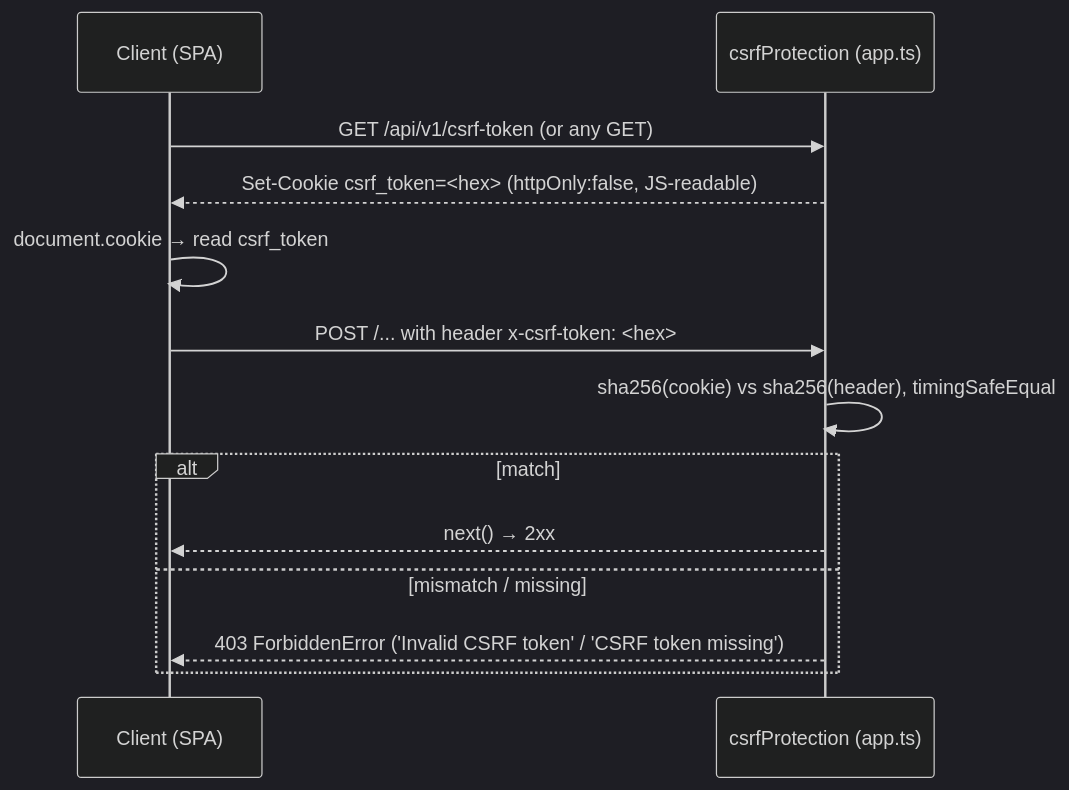
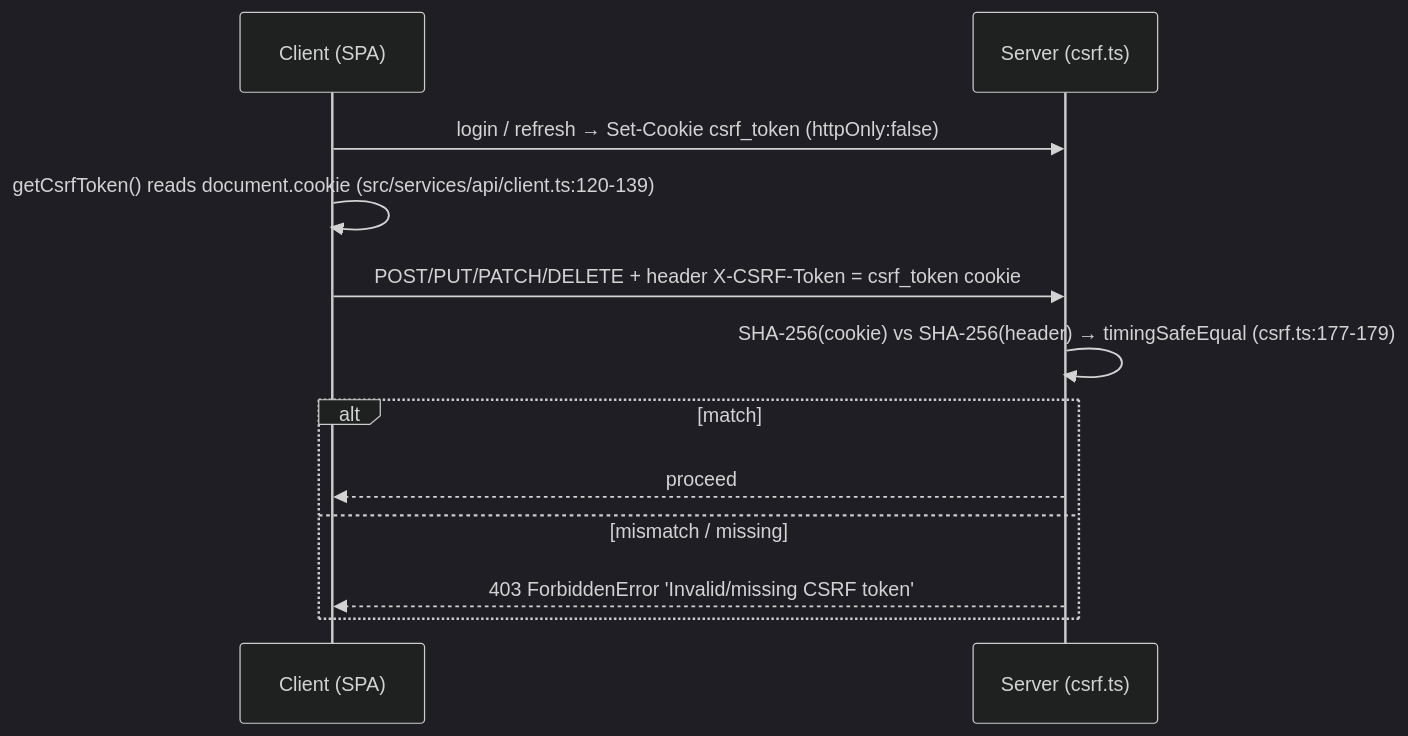
One commit to breilly1296/OwnMyHealth-Claude changed the third of 10 diagrams in New Project Documents/ARCHITECTURE.md. Above: the diagram before and after it, drawn with Mermaid (dark theme). The commit also changed other lines of this file and 146 other files, not shown here.

First line of the commit message:
docs: refresh doc set + reorg security reviews; add GTM, analysis, prompts

````diff
--- a/New Project Documents/ARCHITECTURE.md
+++ b/New Project Documents/ARCHITECTURE.md
@@ -256,15 +227,14 @@
 ```mermaid
 sequenceDiagram
   participant C as Client (SPA)
-  participant S as csrfProtection (app.ts)
-  C->>S: GET /api/v1/csrf-token  (or any GET)
-  S-->>C: Set-Cookie csrf_token=<hex>  (httpOnly:false, JS-readable)
-  C->>C: document.cookie → read csrf_token
-  C->>S: POST /... with header x-csrf-token: <hex>
-  S->>S: sha256(cookie) vs sha256(header), timingSafeEqual
+  participant S as Server (csrf.ts)
+  C->>S: login / refresh → Set-Cookie csrf_token (httpOnly:false)
+  C->>C: getCsrfToken() reads document.cookie  (src/services/api/client.ts:120-139)
+  C->>S: POST/PUT/PATCH/DELETE + header X-CSRF-Token = csrf_token cookie
+  S->>S: SHA-256(cookie) vs SHA-256(header) → timingSafeEqual  (csrf.ts:177-179)
   alt match
-    S-->>C: next() → 2xx
+    S-->>C: proceed
   else mismatch / missing
-    S-->>C: 403 ForbiddenError ('Invalid CSRF token' / 'CSRF token missing')
+    S-->>C: 403 ForbiddenError 'Invalid/missing CSRF token'
   end
 ```
````
